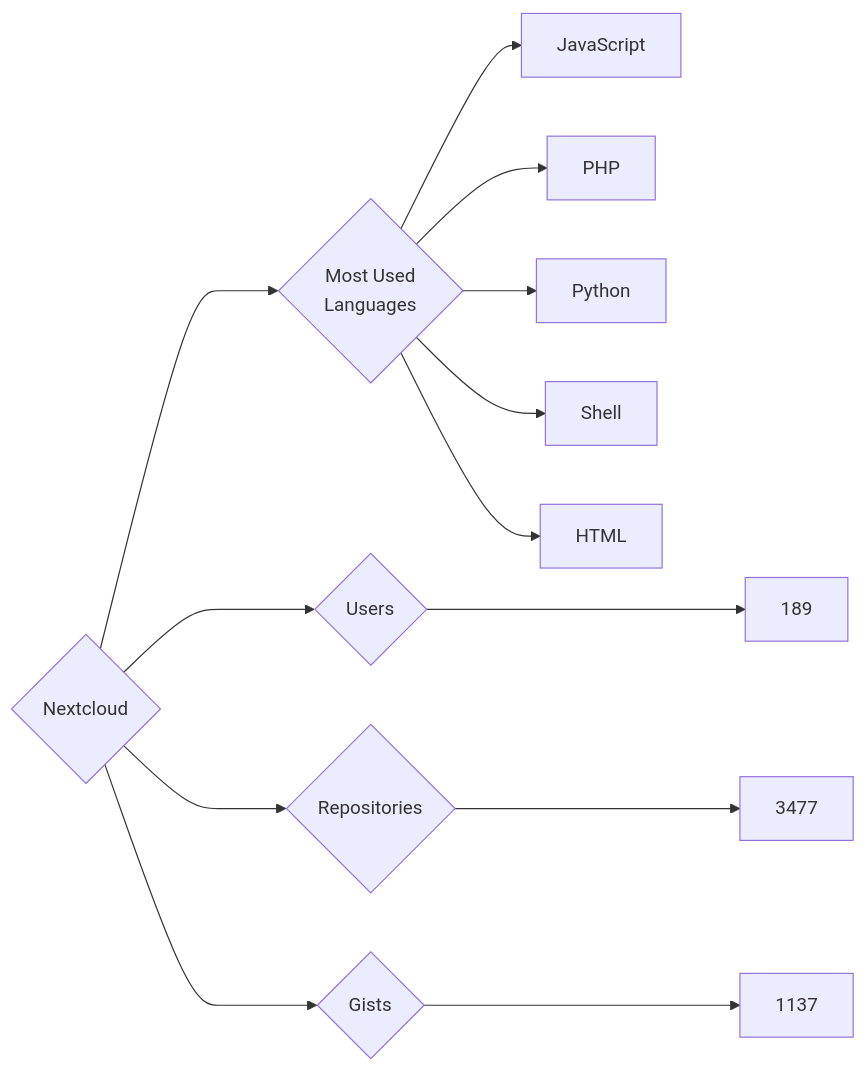
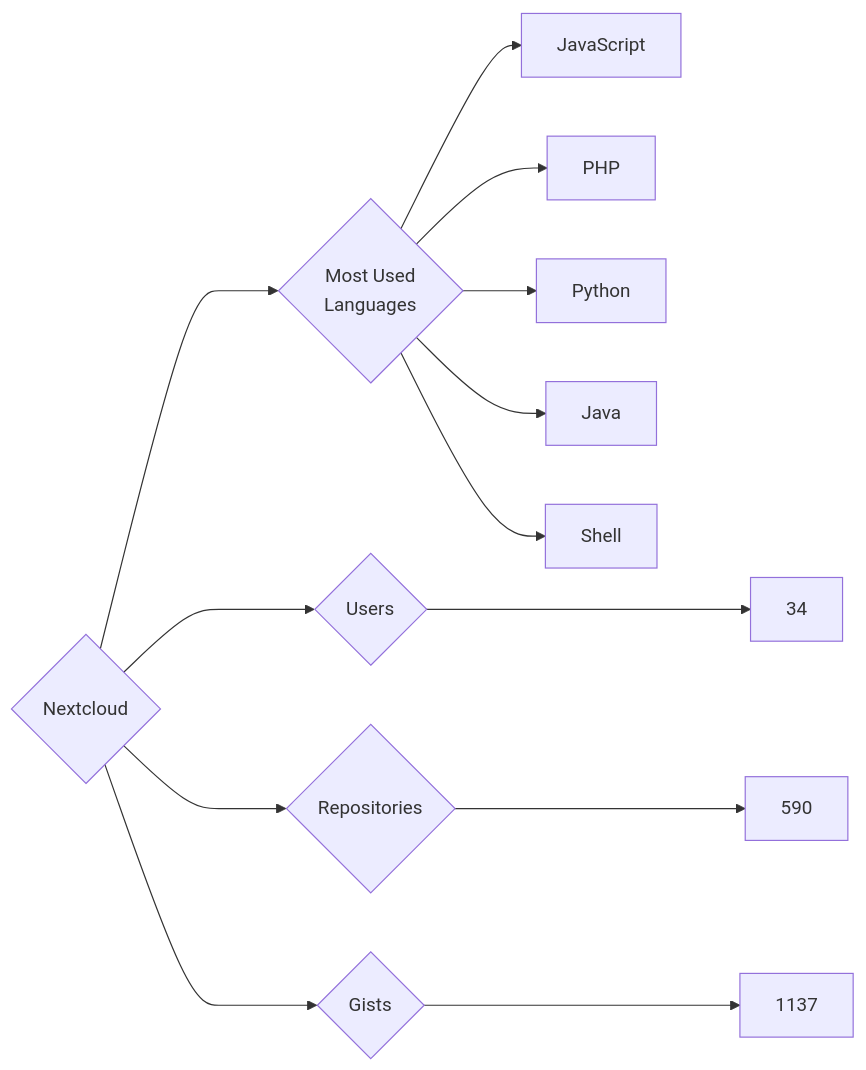
The diagram in targets/Nextcloud/README.md (trickest/insiders), drawn with Mermaid before and after one commit. The commit also changed 765 other files, not shown here.

````diff
--- a/targets/Nextcloud/README.md
+++ b/targets/Nextcloud/README.md
@@ -3,13 +3,13 @@
 ```mermaid
 graph LR
 COMPANY_NAME{Nextcloud}
-COMPANY_NAME ---> U{Users} ---> UN[189]
-COMPANY_NAME ---> R{Repositories} ---> RN[3477]
+COMPANY_NAME ---> U{Users} ---> UN[34]
+COMPANY_NAME ---> R{Repositories} ---> RN[590]
 COMPANY_NAME ---> G{Gists} ---> GN[1137]
 COMPANY_NAME ---> ML{Most Used<br>Languages}
 ML --> JavaScript[JavaScript]
 ML --> PHP[PHP]
 ML --> Python[Python]
+ML --> Java[Java]
 ML --> Shell[Shell]
-ML --> HTML[HTML]
 ```
````
